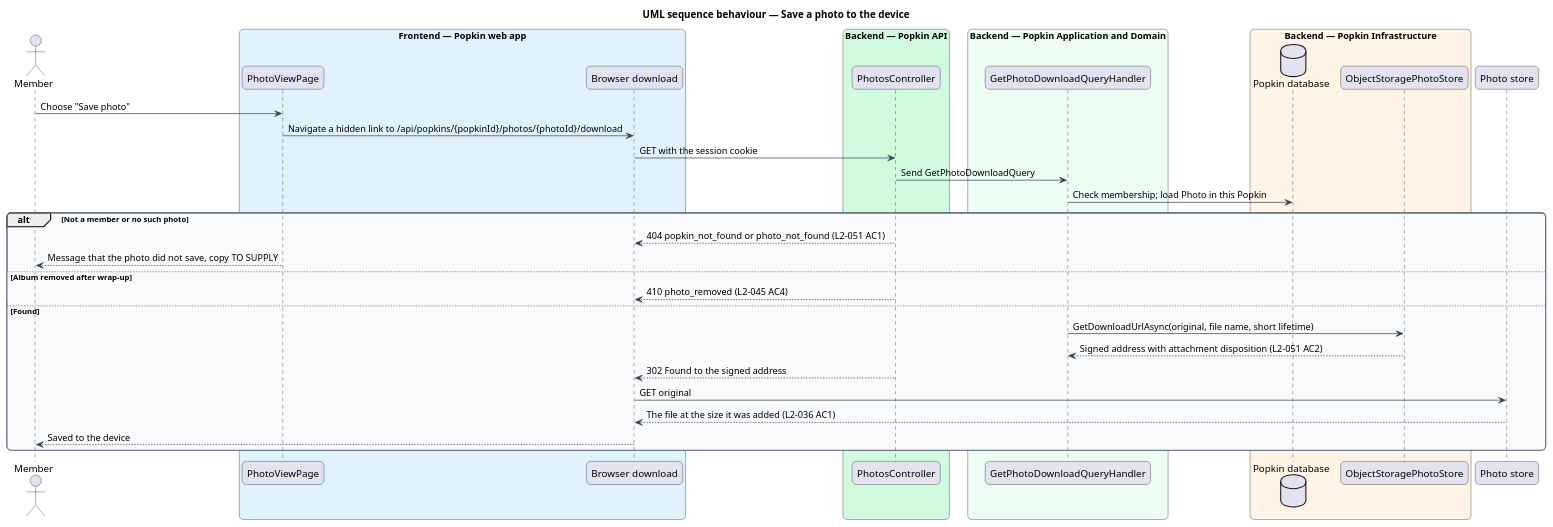
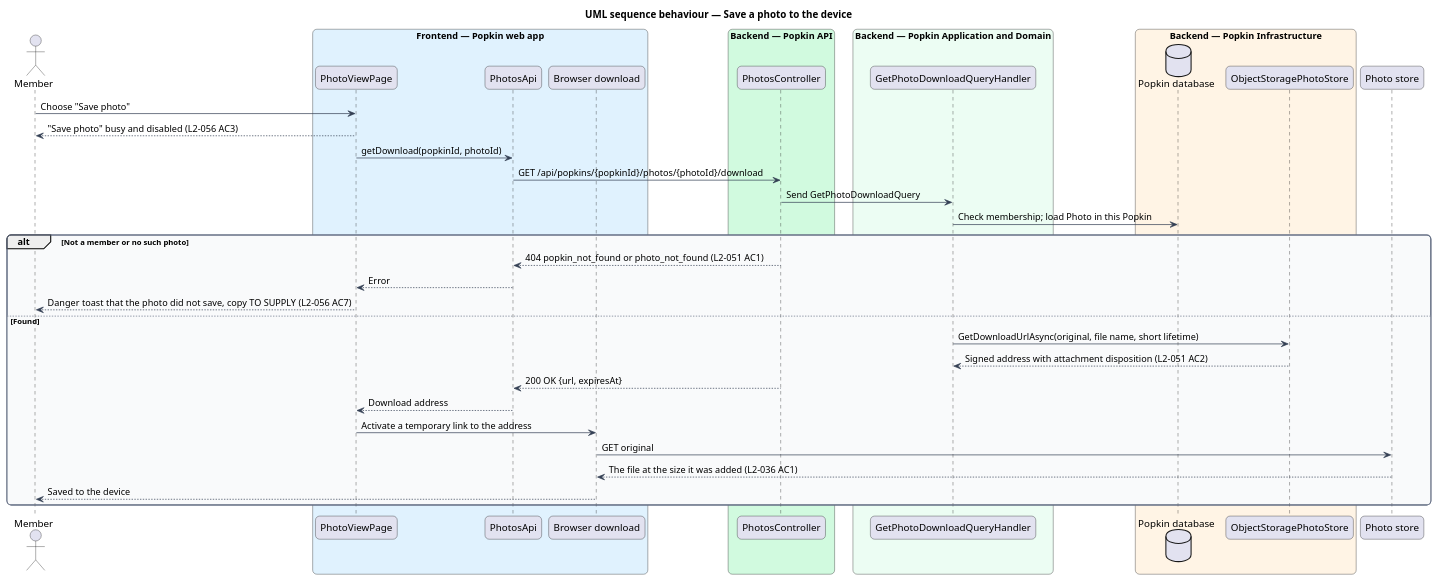
The diagram in docs/detailed-designs/photos/save-photo/diagrams/sequence-save-photo.puml (QuinntyneBrown/popkin), drawn with PlantUML before and after one commit. The commit also changed 3 other files, not shown here.

```diff
--- a/docs/detailed-designs/photos/save-photo/diagrams/sequence-save-photo.puml
+++ b/docs/detailed-designs/photos/save-photo/diagrams/sequence-save-photo.puml
@@ -1,52 +1,55 @@
 @startuml
 title UML sequence behaviour — Save a photo to the device
 skinparam backgroundColor #FFFFFF
 skinparam shadowing false
 skinparam roundcorner 12
 skinparam defaultFontName Arial
 skinparam ArrowColor #344054
 skinparam rectangle {
   BorderColor #344054
   FontColor #101828
 }
 skinparam package {
   BorderColor #667085
   FontColor #101828
   BackgroundColor #F9FAFB
 }
 actor "Member" as actor
 box "Frontend — Popkin web app" #E0F2FE
   participant "PhotoViewPage" as page
+  participant "PhotosApi" as client
   participant "Browser download" as browser
 end box
 box "Backend — Popkin API" #D1FADF
   participant "PhotosController" as controller
 end box
 box "Backend — Popkin Application and Domain" #ECFDF3
   participant "GetPhotoDownloadQueryHandler" as handler
 end box
 box "Backend — Popkin Infrastructure" #FFF4E5
   database "Popkin database" as db
   participant "ObjectStoragePhotoStore" as store
 end box
 participant "Photo store" as files
 
 actor -> page : Choose "Save photo"
-page -> browser : Navigate a hidden link to /api/popkins/{popkinId}/photos/{photoId}/download
-browser -> controller : GET with the session cookie
+page --> actor : "Save photo" busy and disabled (L2-056 AC3)
+page -> client : getDownload(popkinId, photoId)
+client -> controller : GET /api/popkins/{popkinId}/photos/{photoId}/download
 controller -> handler : Send GetPhotoDownloadQuery
 handler -> db : Check membership; load Photo in this Popkin
 alt Not a member or no such photo
-  controller --> browser : 404 popkin_not_found or photo_not_found (L2-051 AC1)
-  page --> actor : Message that the photo did not save, copy TO SUPPLY
-else Album removed after wrap-up
-  controller --> browser : 410 photo_removed (L2-045 AC4)
+  controller --> client : 404 popkin_not_found or photo_not_found (L2-051 AC1)
+  client --> page : Error
+  page --> actor : Danger toast that the photo did not save, copy TO SUPPLY (L2-056 AC7)
 else Found
   handler -> store : GetDownloadUrlAsync(original, file name, short lifetime)
   store --> handler : Signed address with attachment disposition (L2-051 AC2)
-  controller --> browser : 302 Found to the signed address
+  controller --> client : 200 OK {url, expiresAt}
+  client --> page : Download address
+  page -> browser : Activate a temporary link to the address
   browser -> files : GET original
   files --> browser : The file at the size it was added (L2-036 AC1)
   browser --> actor : Saved to the device
 end
 @enduml
```
